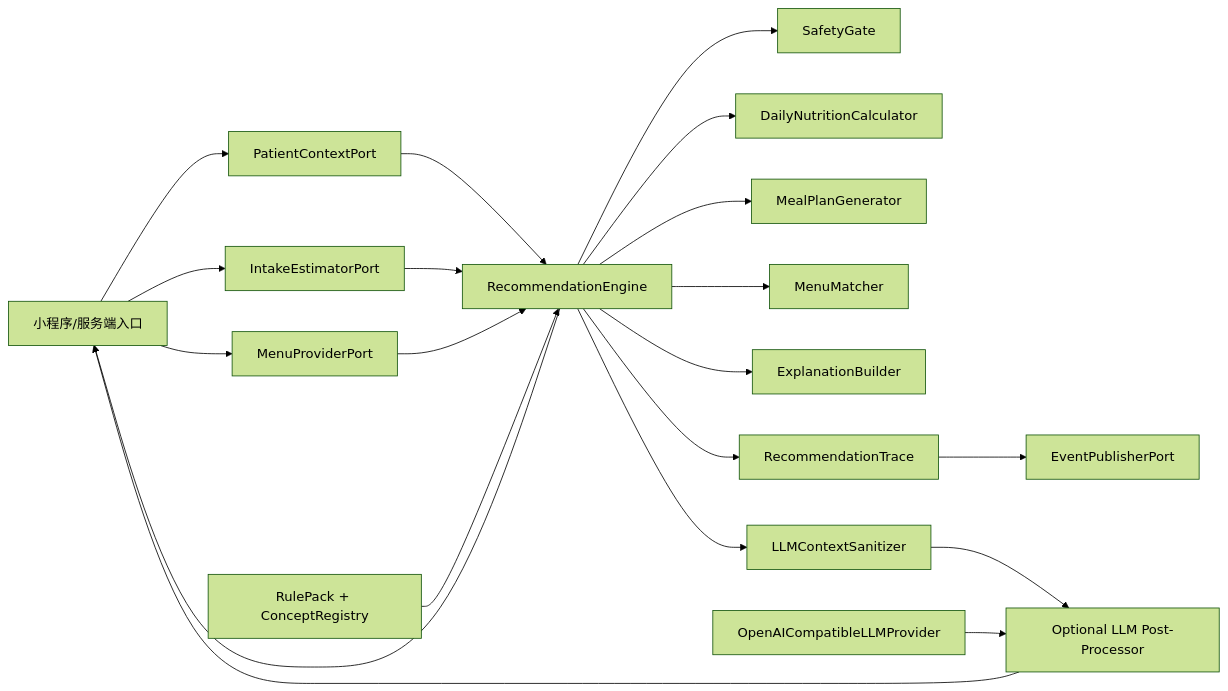
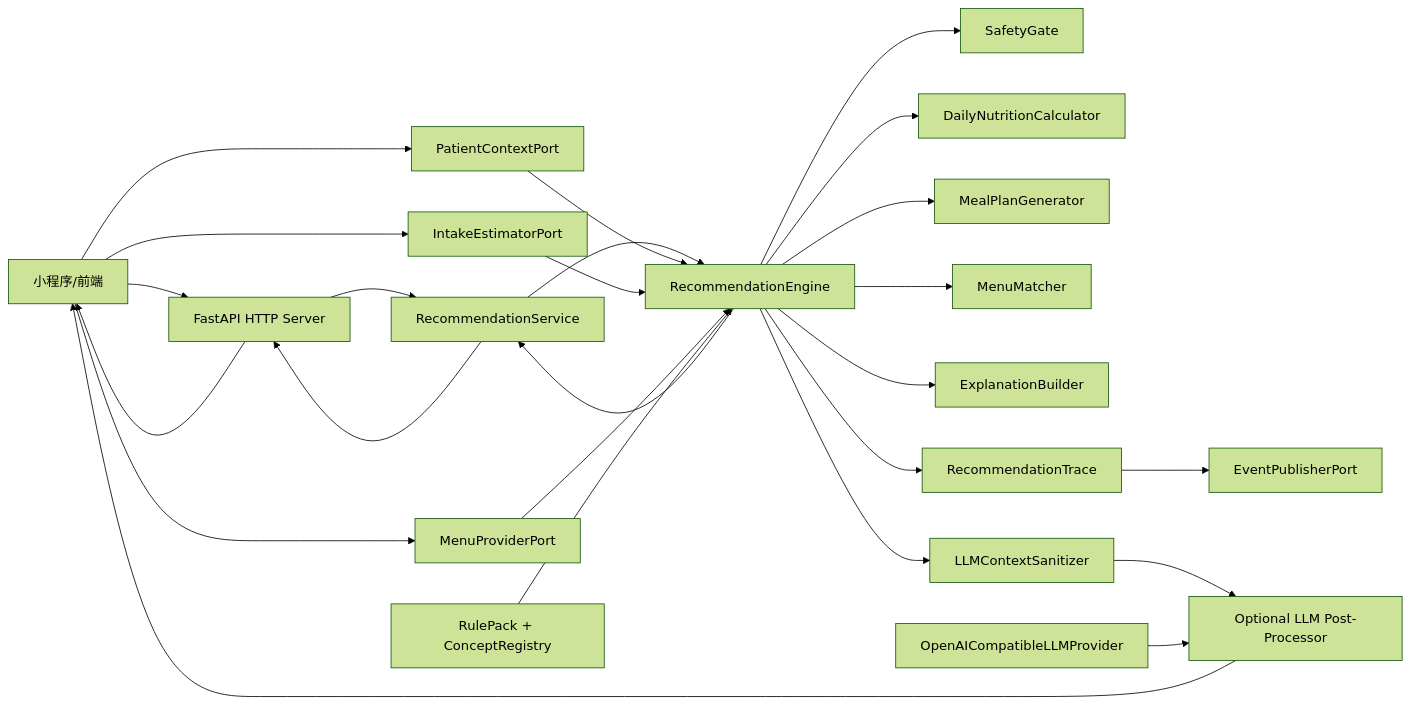
Before and after one commit to cosmic-snail/MediDiet: the first of 4 diagrams in docs/software-design.md, drawn with Mermaid (forest theme). The commit also changed other lines of this file and 5 other files, not shown here.

Commit message:
docs: expose HTTP server API

````diff
--- a/docs/software-design.md
+++ b/docs/software-design.md
@@ -84,39 +90,43 @@
 ```mermaid
 flowchart LR
-  app["小程序/服务端入口"]
+  app["小程序/前端"]
+  http["FastAPI HTTP Server"]
+  service["RecommendationService"]
   patientPort["PatientContextPort"]
   intakePort["IntakeEstimatorPort"]
   menuPort["MenuProviderPort"]
   eventPort["EventPublisherPort"]
   engine["RecommendationEngine"]
   safety["SafetyGate"]
   nutrition["DailyNutritionCalculator"]
   planner["MealPlanGenerator"]
   matcher["MenuMatcher"]
   explainer["ExplanationBuilder"]
   llm["Optional LLM Post-Processor"]
   sanitizer["LLMContextSanitizer"]
   llmProvider["OpenAICompatibleLLMProvider"]
   trace["RecommendationTrace"]
   rules["RulePack + ConceptRegistry"]
 
+  app --> http --> service
+  service --> engine
   app --> patientPort
   app --> intakePort
   app --> menuPort
   patientPort --> engine
   intakePort --> engine
   menuPort --> engine
   rules --> engine
   engine --> safety
   engine --> nutrition
   engine --> planner
   engine --> matcher
   engine --> explainer
   engine --> trace
   engine --> sanitizer
   sanitizer --> llm
   llmProvider --> llm
   llm --> app
   trace --> eventPort
-  engine --> app
+  engine --> service --> http --> app
 ```
````
